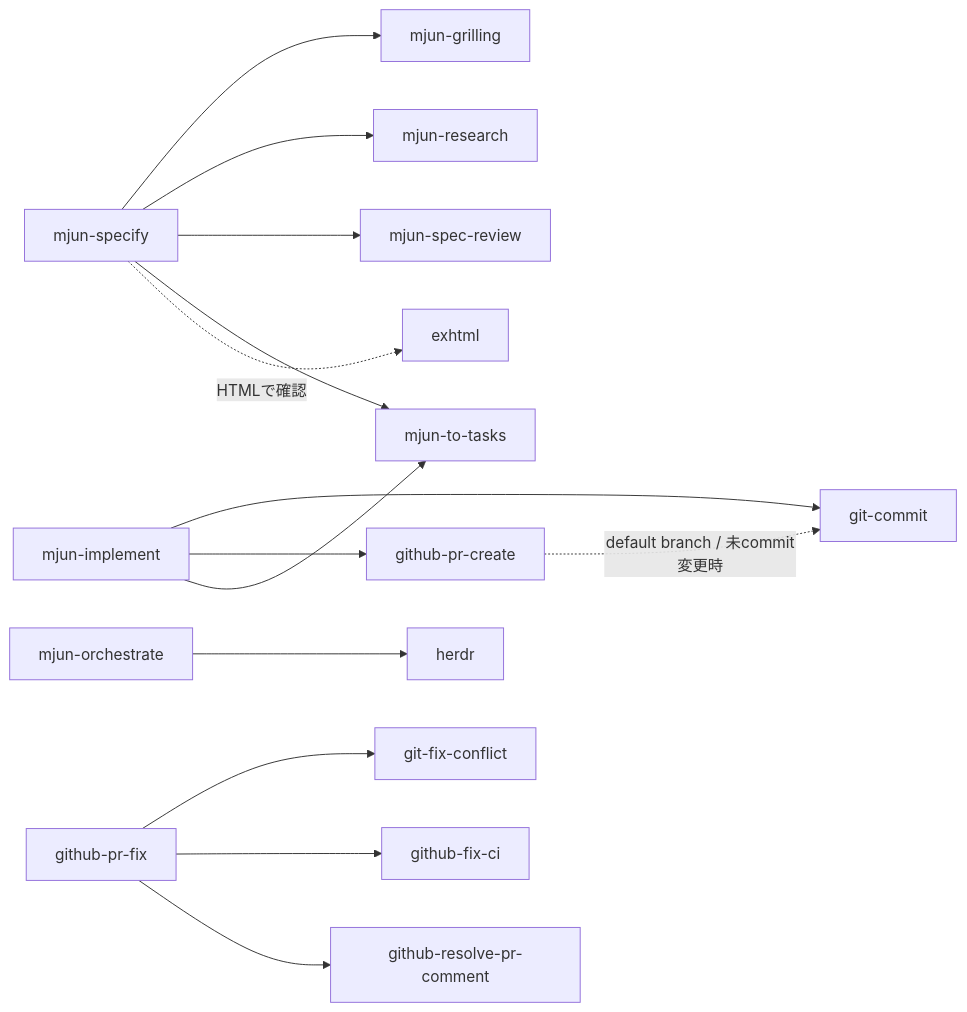
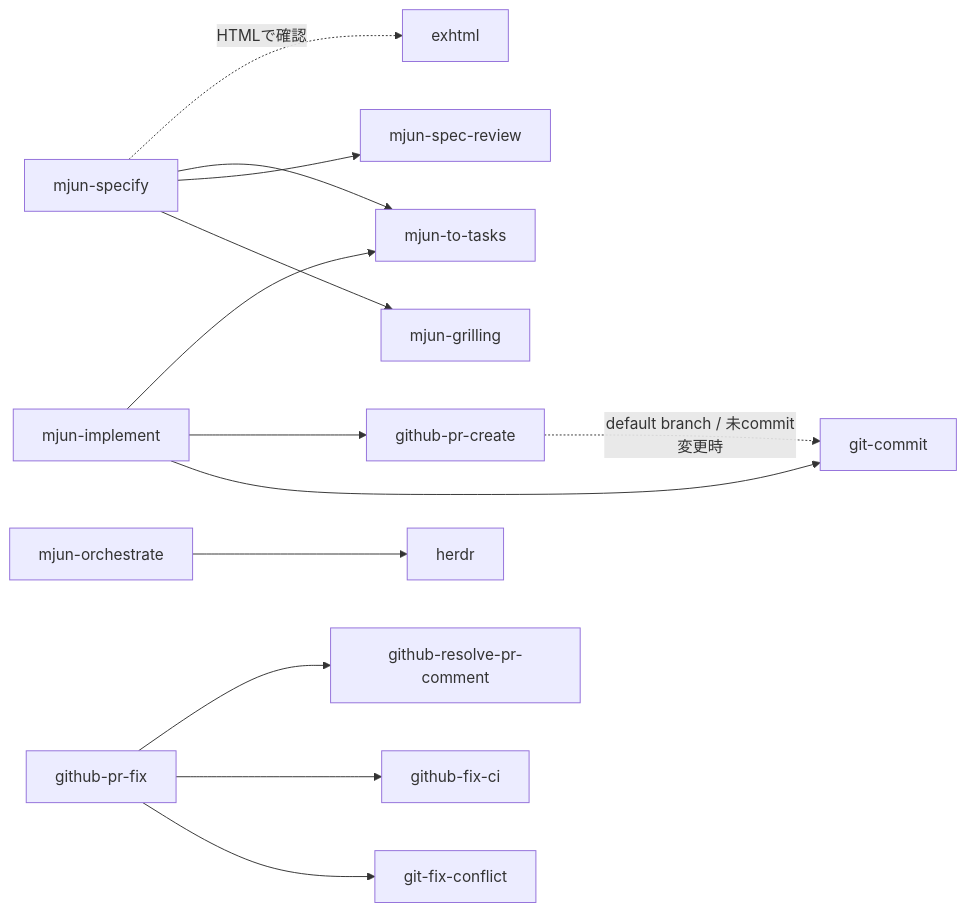
The diagram in doc/skills_ja.md (mjun0812/dotfiles), drawn with Mermaid before and after one commit. The commit also changed other lines of this file and 5 other files, not shown here.

First line of the commit message:
refactor: fold mjun-research into mjun-specify

````diff
--- a/doc/skills_ja.md
+++ b/doc/skills_ja.md
@@ -132,20 +131,19 @@
 ```mermaid
 graph LR
     github-pr-create -. default branch / 未commit変更時 .-> git-commit
 
     mjun-specify --> mjun-grilling
-    mjun-specify --> mjun-research
     mjun-specify --> mjun-spec-review
     mjun-specify --> mjun-to-tasks
     mjun-specify -. HTMLで確認 .-> exhtml
 
     mjun-implement --> git-commit
     mjun-implement --> github-pr-create
     mjun-implement --> mjun-to-tasks
 
     mjun-orchestrate --> herdr
 
     github-pr-fix --> git-fix-conflict
     github-pr-fix --> github-fix-ci
     github-pr-fix --> github-resolve-pr-comment
 ```
````
